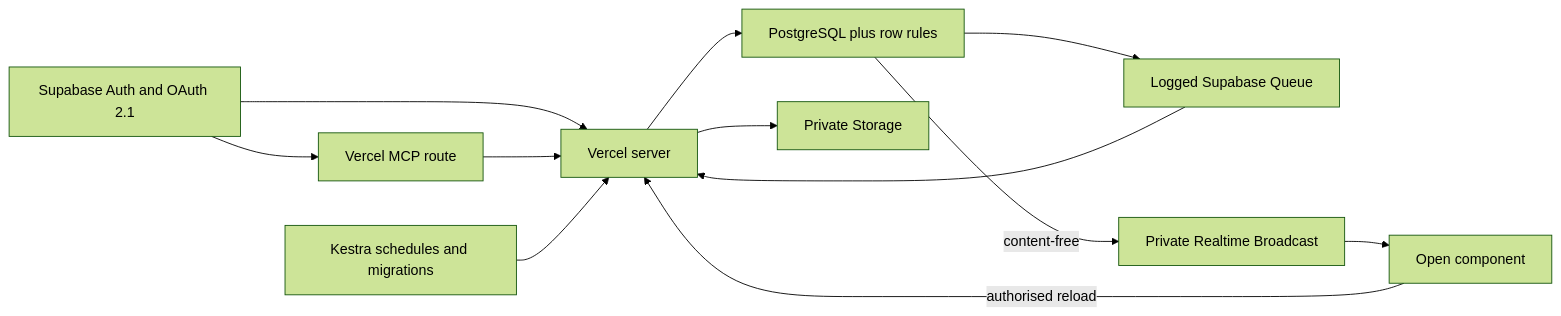
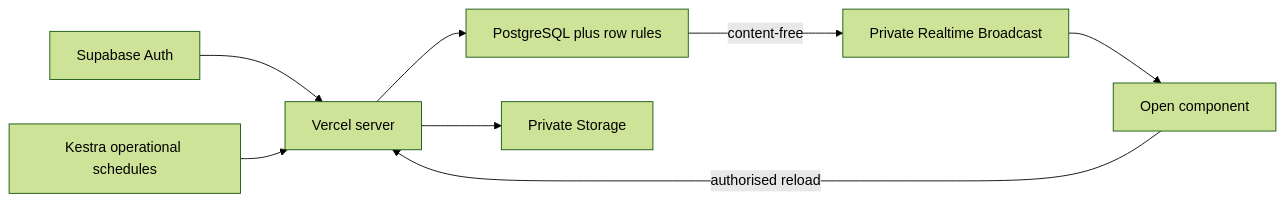
The second of 7 diagrams in docs/specification/17-runtime-storage-and-caching.md (Abzum-NZ/Abzum-Vortex), drawn with Mermaid (forest theme) before and after one commit. The commit also changed other lines of this file and 50 other files, not shown here.

````diff
--- a/docs/specification/17-runtime-storage-and-caching.md
+++ b/docs/specification/17-runtime-storage-and-caching.md
@@ -54,14 +43,10 @@
 ```mermaid
 flowchart LR
-    AUTH[Supabase Auth and OAuth 2.1] --> WEB[Vercel server]
-    AUTH --> MCP[Vercel MCP route]
-    MCP --> WEB
+    AUTH[Supabase Auth] --> WEB[Vercel server]
     WEB --> DB[PostgreSQL plus row rules]
     WEB --> STORE[Private Storage]
-    DB --> Q[Logged Supabase Queue]
-    Q --> WEB
     DB -->|content-free| LIVE[Private Realtime Broadcast]
     LIVE --> BROWSER[Open component]
     BROWSER -->|authorised reload| WEB
-    K[Kestra schedules and migrations] --> WEB
+    K[Kestra operational schedules] --> WEB
 ```
````
